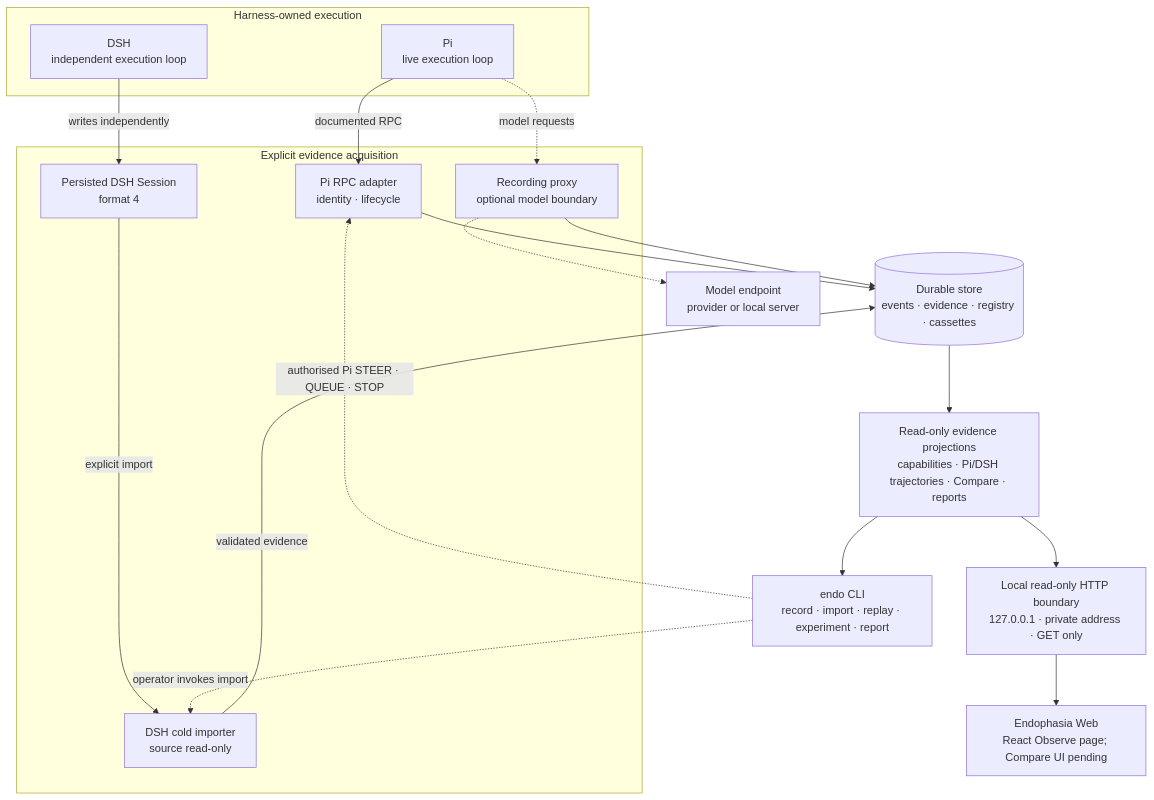
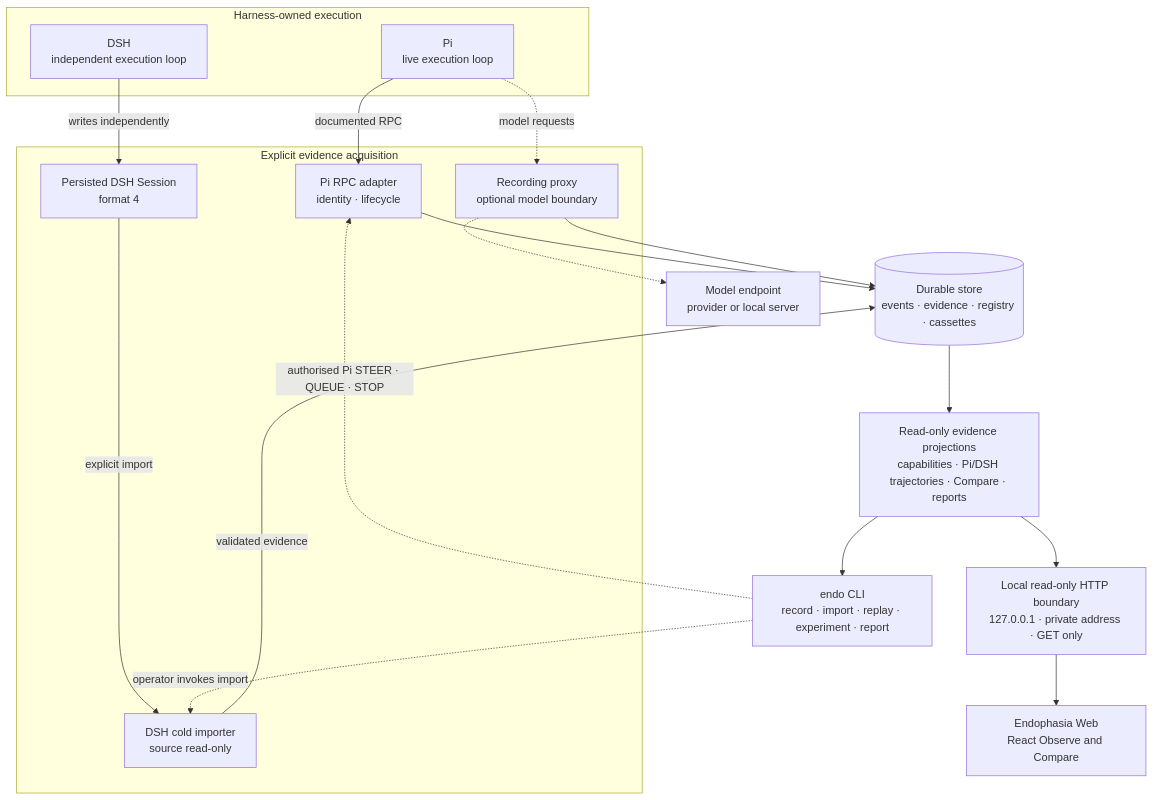
Before and after one commit to noctem-o/endophasia: the diagram in README.md, drawn with Mermaid. The commit also changed other lines of this file and 26 other files, not shown here.

Commit message:
feat(studio): add read-only React Compare workspace

```diff
--- a/README.md
+++ b/README.md
@@ -230,34 +229,34 @@
 ~~~mermaid
 flowchart TB
     subgraph native["Harness-owned execution"]
         H["Pi<br/>live execution loop"]
         D["DSH<br/>independent execution loop"]
     end
     subgraph acquisition["Explicit evidence acquisition"]
         A["Pi RPC adapter<br/>identity · lifecycle"]
         X["Recording proxy<br/>optional model boundary"]
         L["Persisted DSH Session<br/>format 4"]
         I["DSH cold importer<br/>source read-only"]
     end
     M["Model endpoint<br/>provider or local server"]
     S[("Durable store<br/>events · evidence · registry · cassettes")]
     V["Read-only evidence projections<br/>capabilities · Pi/DSH trajectories · Compare · reports"]
     C["endo CLI<br/>record · import · replay · experiment · report"]
     N["Local read-only HTTP boundary<br/>127.0.0.1 · private address · GET only"]
-    U["Endophasia Web<br/>React Observe page; Compare UI pending"]
+    U["Endophasia Web<br/>React Observe and Compare"]
 
     H -->|"documented RPC"| A
     H -.->|"model requests"| X
     X -.-> M
     D -->|"writes independently"| L
     L -->|"explicit import"| I
     A --> S
     X --> S
     I -->|"validated evidence"| S
     S --> V
     V --> C
     V --> N
     N --> U
     C -.->|"authorised Pi STEER · QUEUE · STOP"| A
     C -.->|"operator invokes import"| I
 ~~~
```
